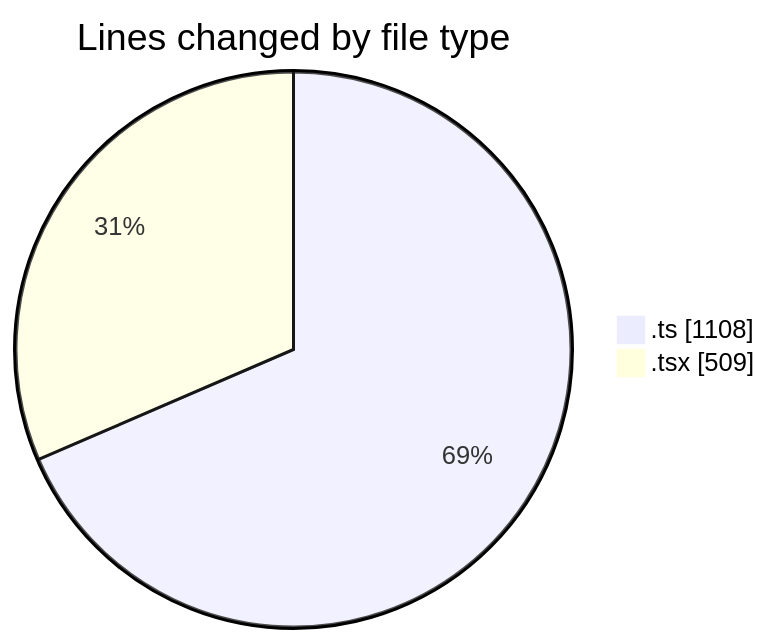
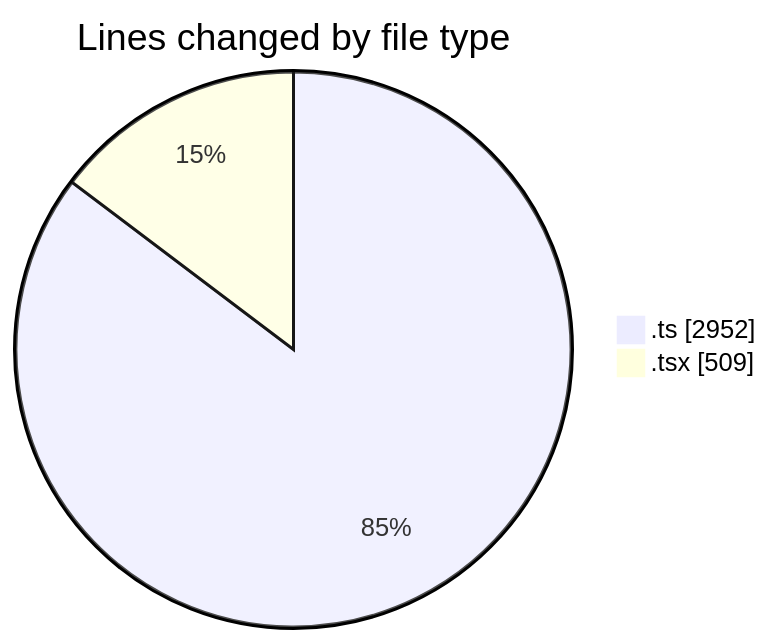
Before and after one commit to momahboobian/code-tracking: the first of 2 diagrams in 2025-11-28/cda/README.md, drawn with Mermaid. The commit also changed other lines of this file and 1 other file, not shown here.

````diff
--- a/2025-11-28/cda/README.md
+++ b/2025-11-28/cda/README.md
@@ -21,6 +23,6 @@
 ```mermaid
 pie showData
 title Lines changed by file type
-".ts" : 1108
+".ts" : 2952
 ".tsx" : 509
 ```
````
